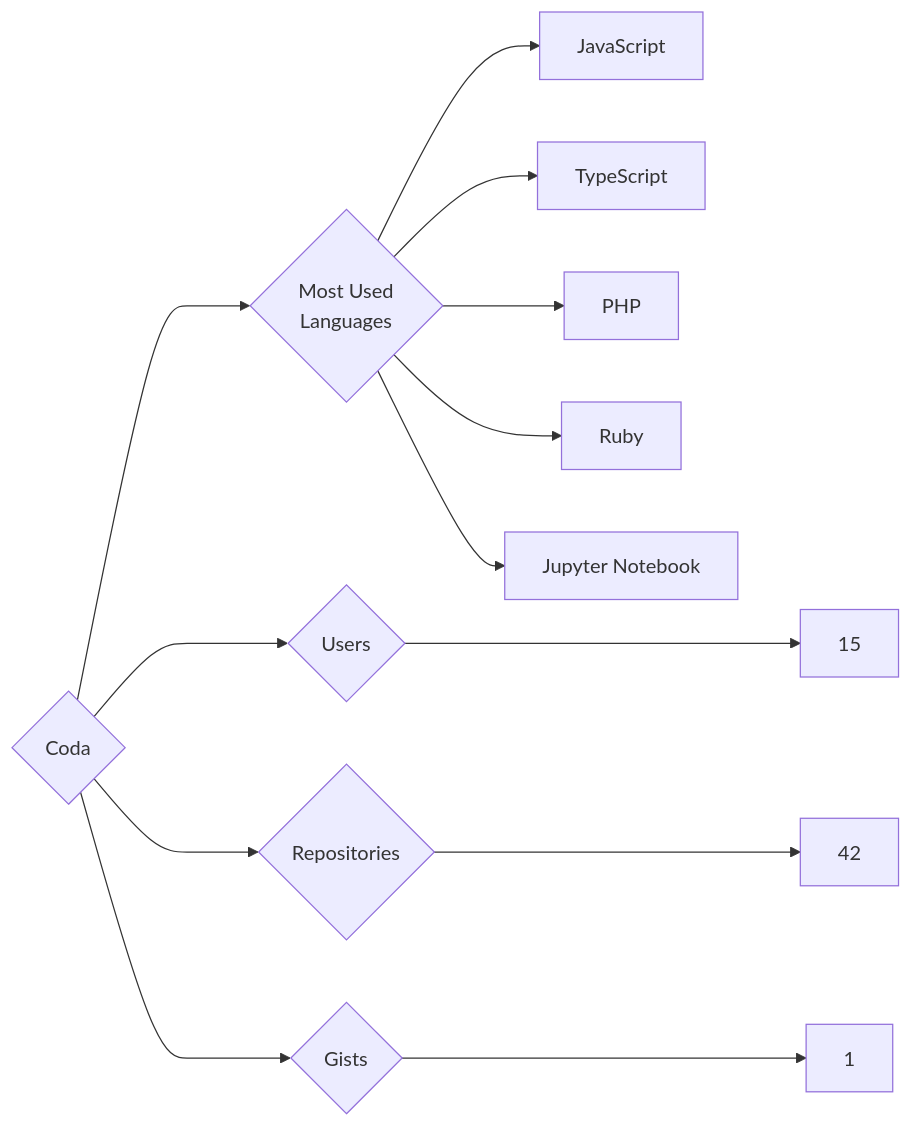
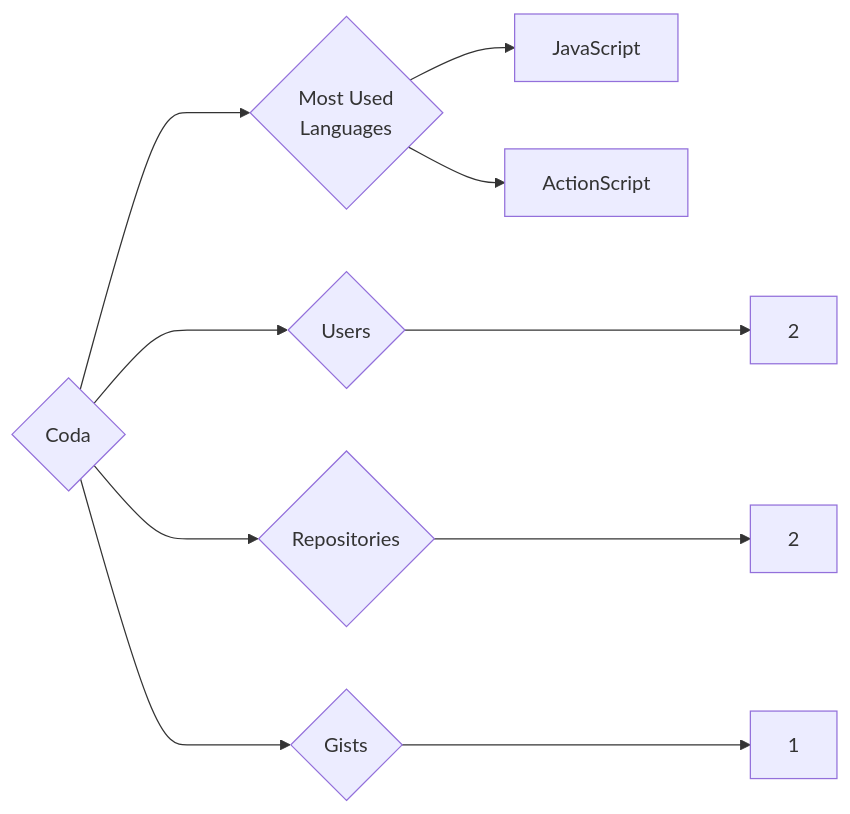
Before and after one commit to trickest/insiders: the diagram in targets/Coda/README.md, drawn with Mermaid. The commit also changed 545 other files, not shown here.

````diff
--- a/targets/Coda/README.md
+++ b/targets/Coda/README.md
@@ -3,13 +3,10 @@
 ```mermaid
 graph LR
 COMPANY_NAME{Coda}
-COMPANY_NAME ---> U{Users} ---> UN[15]
-COMPANY_NAME ---> R{Repositories} ---> RN[42]
+COMPANY_NAME ---> U{Users} ---> UN[2]
+COMPANY_NAME ---> R{Repositories} ---> RN[2]
 COMPANY_NAME ---> G{Gists} ---> GN[1]
 COMPANY_NAME ---> ML{Most Used<br>Languages}
 ML --> JavaScript[JavaScript]
-ML --> TypeScript[TypeScript]
-ML --> PHP[PHP]
-ML --> Ruby[Ruby]
-ML --> Jupyter_Notebook[Jupyter Notebook]
+ML --> ActionScript[ActionScript]
 ```
````
